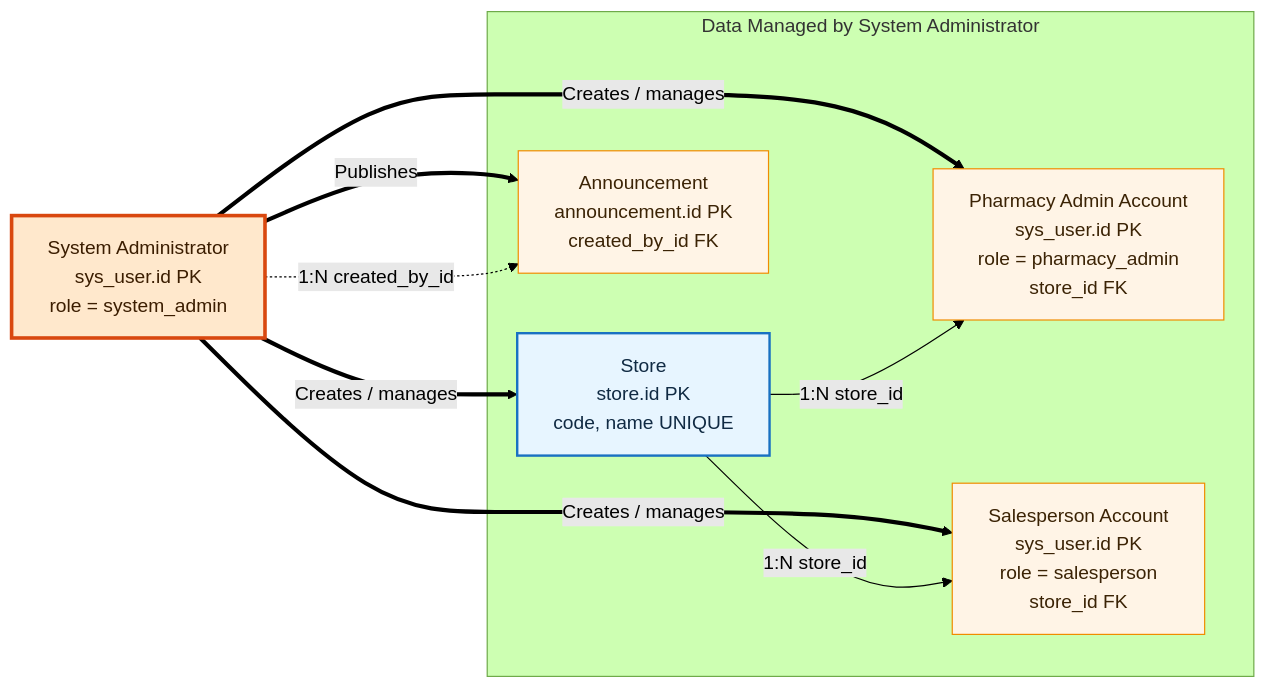
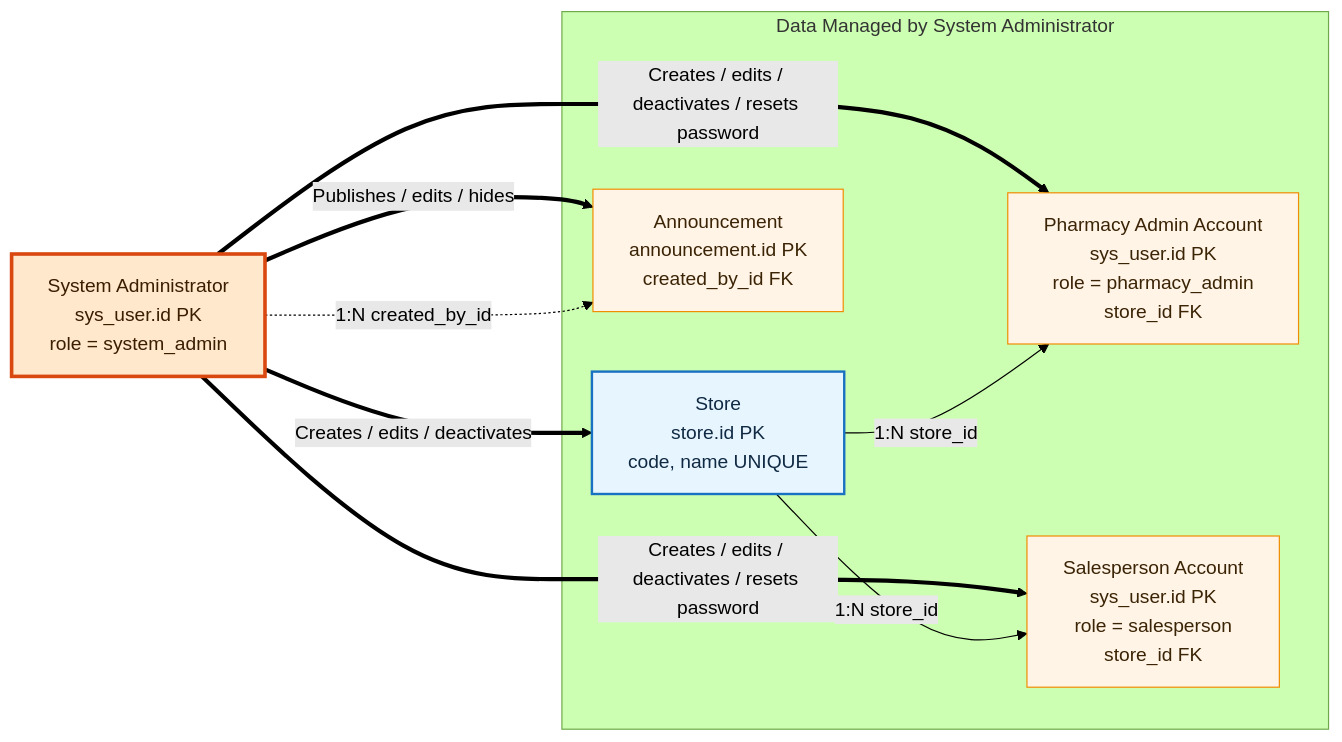
Before and after one commit to pytenter/database-medicine: the third of 10 diagrams in docs/Development_Manual.md, drawn with Mermaid (forest theme). The commit also changed other lines of this file and 3 other files, not shown here.

````diff
--- a/docs/Development_Manual.md
+++ b/docs/Development_Manual.md
@@ -165,27 +168,27 @@
 ```mermaid
 flowchart LR
     SYS_ADMIN["System Administrator<br/>sys_user.id PK<br/>role = system_admin"]
 
     subgraph ADMIN_DATA["Data Managed by System Administrator"]
         STORE["Store<br/>store.id PK<br/>code, name UNIQUE"]
         ADMIN_USER["Pharmacy Admin Account<br/>sys_user.id PK<br/>role = pharmacy_admin<br/>store_id FK"]
         STAFF_USER["Salesperson Account<br/>sys_user.id PK<br/>role = salesperson<br/>store_id FK"]
         ANN["Announcement<br/>announcement.id PK<br/>created_by_id FK"]
     end
 
-    SYS_ADMIN ==>|"Creates / manages"| STORE
-    SYS_ADMIN ==>|"Creates / manages"| ADMIN_USER
-    SYS_ADMIN ==>|"Creates / manages"| STAFF_USER
-    SYS_ADMIN ==>|"Publishes"| ANN
+    SYS_ADMIN ==>|"Creates / edits / deactivates"| STORE
+    SYS_ADMIN ==>|"Creates / edits / deactivates / resets password"| ADMIN_USER
+    SYS_ADMIN ==>|"Creates / edits / deactivates / resets password"| STAFF_USER
+    SYS_ADMIN ==>|"Publishes / edits / hides"| ANN
 
     STORE -->|"1:N store_id"| ADMIN_USER
     STORE -->|"1:N store_id"| STAFF_USER
     SYS_ADMIN -.->|"1:N created_by_id"| ANN
 
     classDef role fill:#FFE8CC,stroke:#D9480F,stroke-width:3px,color:#3B1D00
     classDef admin fill:#FFF4E6,stroke:#F08C00,color:#3B2305
     classDef store fill:#E7F5FF,stroke:#1971C2,stroke-width:2px,color:#102A43
     class SYS_ADMIN role
     class STORE store
     class ADMIN_USER,STAFF_USER,ANN admin
 ```
````
